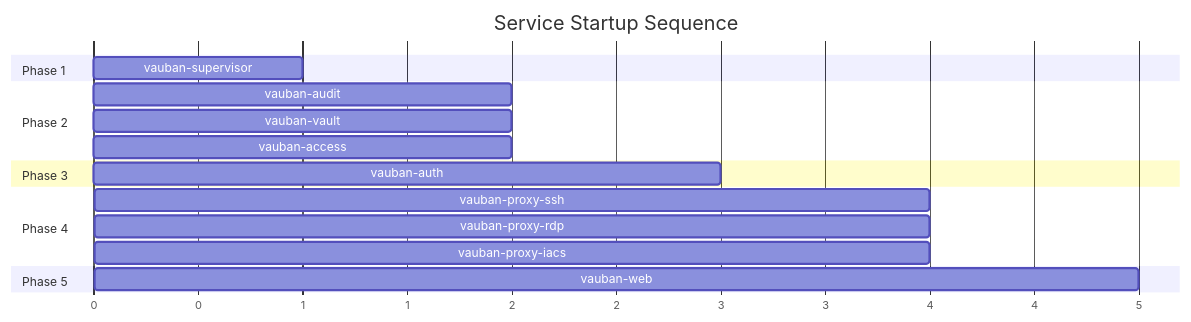
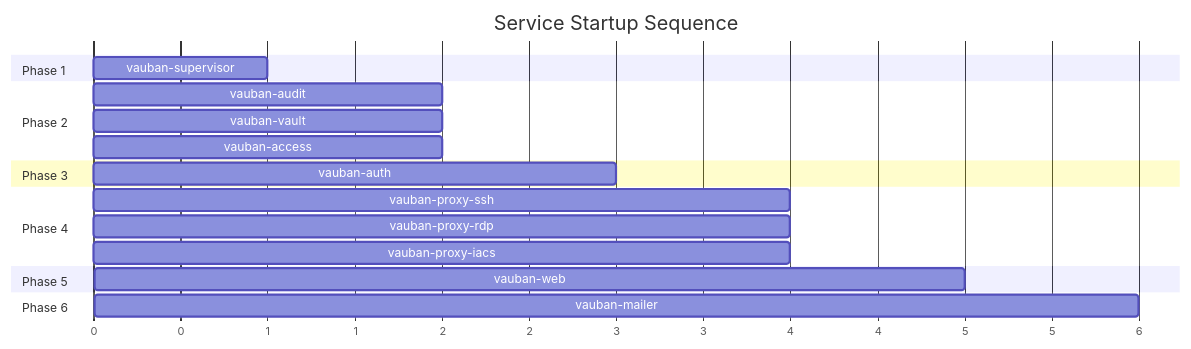
One commit to rbenaley/Vauban changed diagram 11 of 15 in docs/technical/Vauban_Privsep_Architecture_EN(1.3).md. Above: the diagram before and after it, drawn with Mermaid. The commit also changed other lines of this file, not shown here.

First line of the commit message:
docs(privsep): add vauban-mailer to startup sequence (10.1/10.2)

````diff
--- a/docs/technical/Vauban_Privsep_Architecture_EN(1.3).md
+++ b/docs/technical/Vauban_Privsep_Architecture_EN(1.3).md
@@ -1304,25 +1306,28 @@
 ```mermaid
 gantt
     title Service Startup Sequence
     dateFormat X
     axisFormat %s
 
     section Phase 1
     vauban-supervisor     :0, 1
     
     section Phase 2
     vauban-audit          :1, 2
     vauban-vault          :1, 2
-    vauban-access           :1, 2
+    vauban-access         :1, 2
     
     section Phase 3
     vauban-auth           :2, 3
     
     section Phase 4
     vauban-proxy-ssh      :3, 4
     vauban-proxy-rdp      :3, 4
     vauban-proxy-iacs     :3, 4
     
     section Phase 5
     vauban-web            :4, 5
+
+    section Phase 6
+    vauban-mailer         :5, 6
 ```
````
